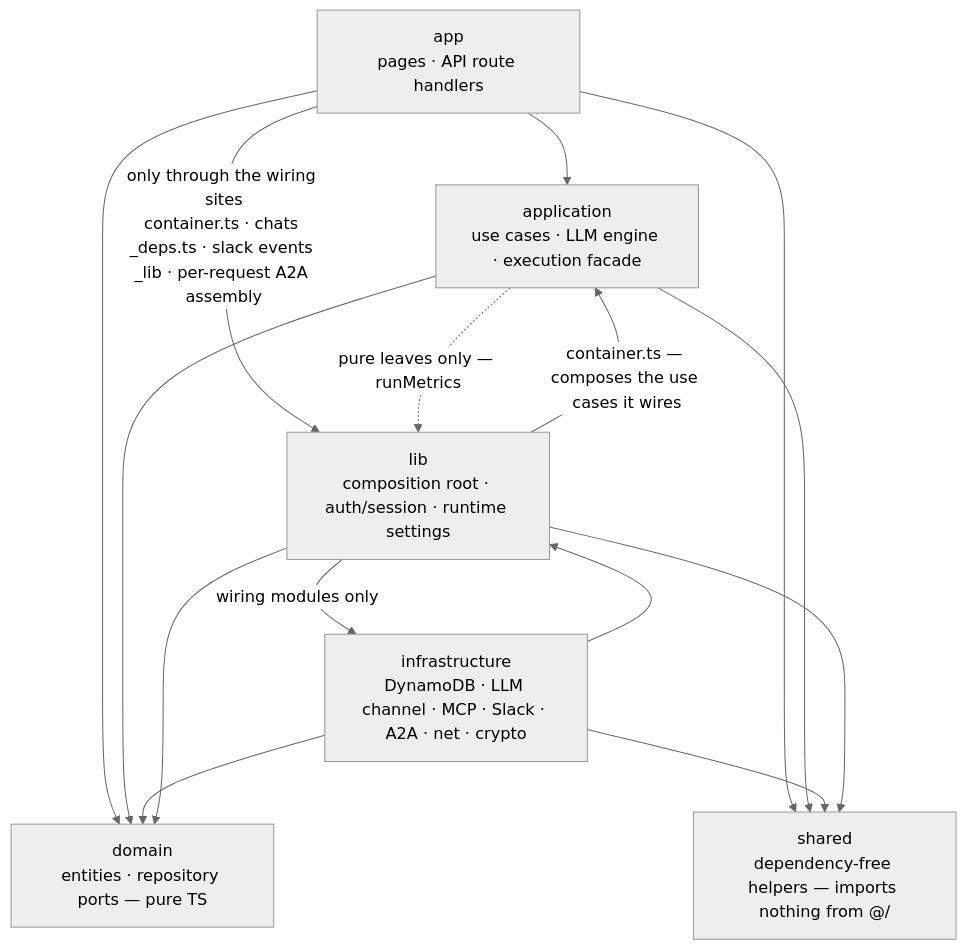
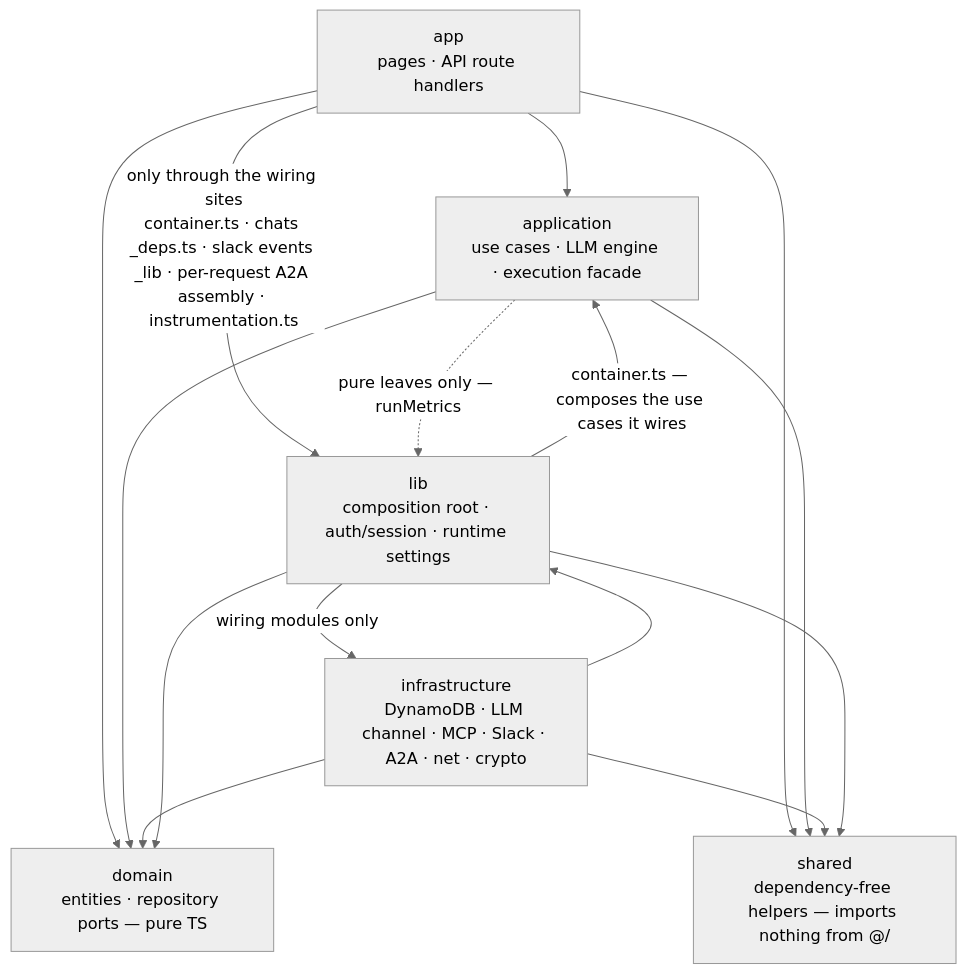
Before and after one commit to opspresso/agent-studio: the first of 5 diagrams in docs/ARCHITECTURE.md, drawn with Mermaid (neutral theme). The commit also changed other lines of this file and 8 other files, not shown here.

````diff
--- a/docs/ARCHITECTURE.md
+++ b/docs/ARCHITECTURE.md
@@ -96,24 +104,24 @@
 ```mermaid
 flowchart TB
   app["app<br/>pages · API route handlers"]
   application["application<br/>use cases · LLM engine · execution facade"]
   domain["domain<br/>entities · repository ports — pure TS"]
   infrastructure["infrastructure<br/>DynamoDB · LLM channel · MCP · Slack · A2A · net · crypto"]
   lib["lib<br/>composition root · auth/session · runtime settings"]
   shared["shared<br/>dependency-free helpers — imports nothing from @/"]
 
   app --> application
   app --> domain
   application --> domain
   infrastructure --> domain
   infrastructure --> lib
-  app -->|"only through the wiring sites<br/>container.ts · chats _deps.ts · slack events _lib · per-request A2A assembly"| lib
+  app -->|"only through the wiring sites<br/>container.ts · chats _deps.ts · slack events _lib · per-request A2A assembly · instrumentation.ts"| lib
   lib --> domain
   lib -->|"container.ts — composes the use cases it wires"| application
   lib -->|"wiring modules only"| infrastructure
   application -.->|"pure leaves only — runMetrics"| lib
   app --> shared
   application --> shared
   infrastructure --> shared
   lib --> shared
 ```
````
